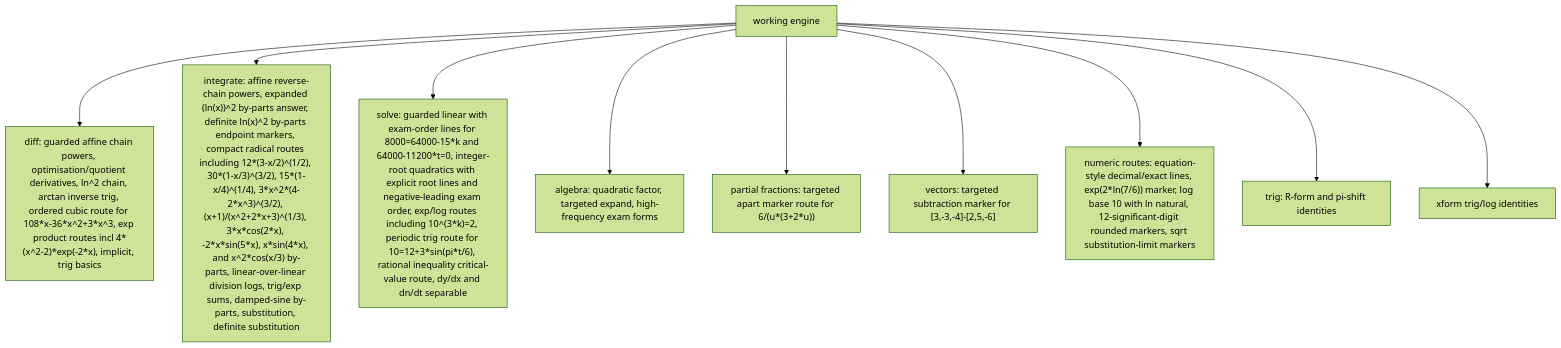
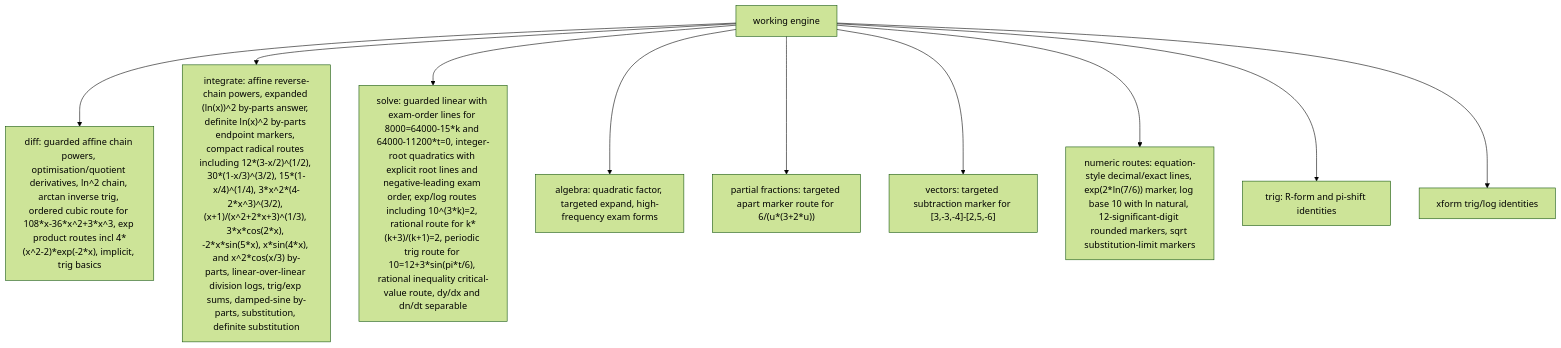
One commit to james8464/notes-addin-casio-fx-cg50 changed the third of 6 diagrams in docs/GRAPH.md. Above: the diagram before and after it, drawn with Mermaid (forest theme). The commit also changed other lines of this file and 5 other files, not shown here.

Commit message:
add rational solve working route

````diff
--- a/docs/GRAPH.md
+++ b/docs/GRAPH.md
@@ -36,12 +36,12 @@
 ```mermaid
 graph TD
   Work["working engine"] --> Diff["diff: guarded affine chain powers, optimisation/quotient derivatives, ln^2 chain, arctan inverse trig, ordered cubic route for 108*x-36*x^2+3*x^3, exp product routes incl 4*(x^2-2)*exp(-2*x), implicit, trig basics"]
   Work --> Int["integrate: affine reverse-chain powers, expanded (ln(x))^2 by-parts answer, definite ln(x)^2 by-parts endpoint markers, compact radical routes including 12*(3-x/2)^(1/2), 30*(1-x/3)^(3/2), 15*(1-x/4)^(1/4), 3*x^2*(4-2*x^3)^(3/2), (x+1)/(x^2+2*x+3)^(1/3), 3*x*cos(2*x), -2*x*sin(5*x), x*sin(4*x), and x^2*cos(x/3) by-parts, linear-over-linear division logs, trig/exp sums, damped-sine by-parts, substitution, definite substitution"]
-  Work --> Solve["solve: guarded linear with exam-order lines for 8000=64000-15*k and 64000-11200*t=0, integer-root quadratics with explicit root lines and negative-leading exam order, exp/log routes including 10^(3*k)=2, periodic trig route for 10=12+3*sin(pi*t/6), rational inequality critical-value route, dy/dx and dn/dt separable"]
+  Work --> Solve["solve: guarded linear with exam-order lines for 8000=64000-15*k and 64000-11200*t=0, integer-root quadratics with explicit root lines and negative-leading exam order, exp/log routes including 10^(3*k)=2, rational route for k*(k+3)/(k+1)=2, periodic trig route for 10=12+3*sin(pi*t/6), rational inequality critical-value route, dy/dx and dn/dt separable"]
   Work --> Alg["algebra: quadratic factor, targeted expand, high-frequency exam forms"]
   Work --> PF["partial fractions: targeted apart marker route for 6/(u*(3+2*u))"]
   Work --> Vec["vectors: targeted subtraction marker for [3,-3,-4]-[2,5,-6]"]
   Work --> Num["numeric routes: equation-style decimal/exact lines, exp(2*ln(7/6)) marker, log base 10 with ln natural, 12-significant-digit rounded markers, sqrt substitution-limit markers"]
   Work --> Trig["trig: R-form and pi-shift identities"]
   Work --> Xform["xform trig/log identities"]
 ```
````
